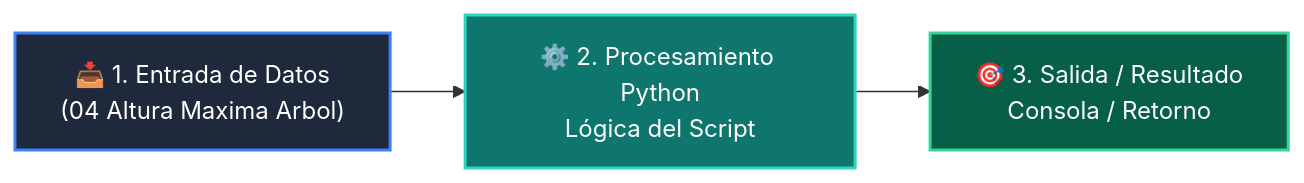
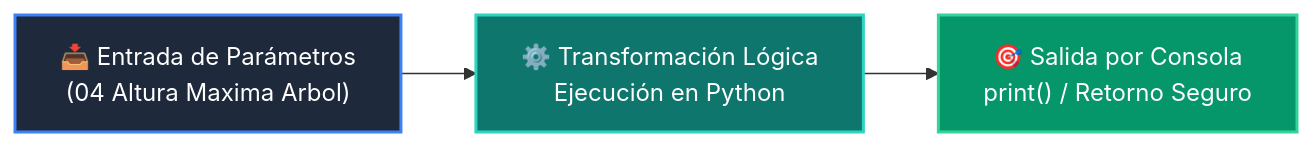
One commit to wisrovi/wisrovi-python changed the diagram in 02-algoritmos-estructuras/clase-06-arboles-binarios-busqueda/ejemplos/ejemplo_04_altura_maxima_arbol/README.md. Above: the diagram before and after it, drawn with Mermaid. The commit also changed other lines of this file and 226 other files, not shown here.

Commit message:
docs: elevate all repository READMEs to world-class mastery standard with rich pedagogical architecture, custom Mermaids, and professional styling

````diff
--- a/02-algoritmos-estructuras/clase-06-arboles-binarios-busqueda/ejemplos/ejemplo_04_altura_maxima_arbol/README.md
+++ b/02-algoritmos-estructuras/clase-06-arboles-binarios-busqueda/ejemplos/ejemplo_04_altura_maxima_arbol/README.md
@@ -12,9 +19,9 @@
 ```mermaid
 flowchart LR
-    A["📥 1. Entrada de Datos<br/>(04 Altura Maxima Arbol)"] --> B["⚙️ 2. Procesamiento Python<br/>Lógica del Script"]
-    B --> C["🎯 3. Salida / Resultado<br/>Consola / Retorno"]
+    A["📥 Entrada de Parámetros<br/>(04 Altura Maxima Arbol)"] --> B["⚙️ Transformación Lógica<br/>Ejecución en Python"]
+    B --> C["🎯 Salida por Consola<br/>print() / Retorno Seguro"]
 
-    style A fill:#1e293b,color:#fff,stroke:#3b82f6,stroke-width:2px
-    style B fill:#0f766e,color:#fff,stroke:#2dd4bf,stroke-width:2px
-    style C fill:#065f46,color:#fff,stroke:#34d399,stroke-width:2px
+    style A fill:#1e293b,color:#ffffff,stroke:#3b82f6,stroke-width:2px
+    style B fill:#0f766e,color:#ffffff,stroke:#2dd4bf,stroke-width:2px
+    style C fill:#059669,color:#ffffff,stroke:#34d399,stroke-width:2px
 ```
````
